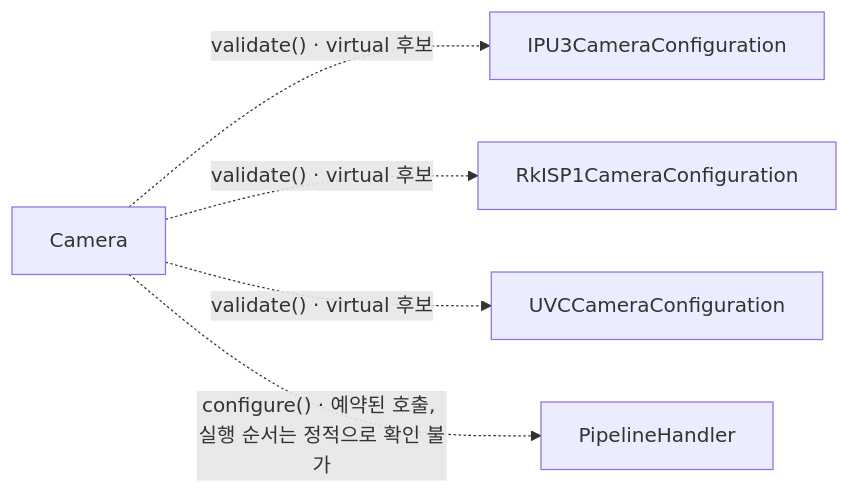
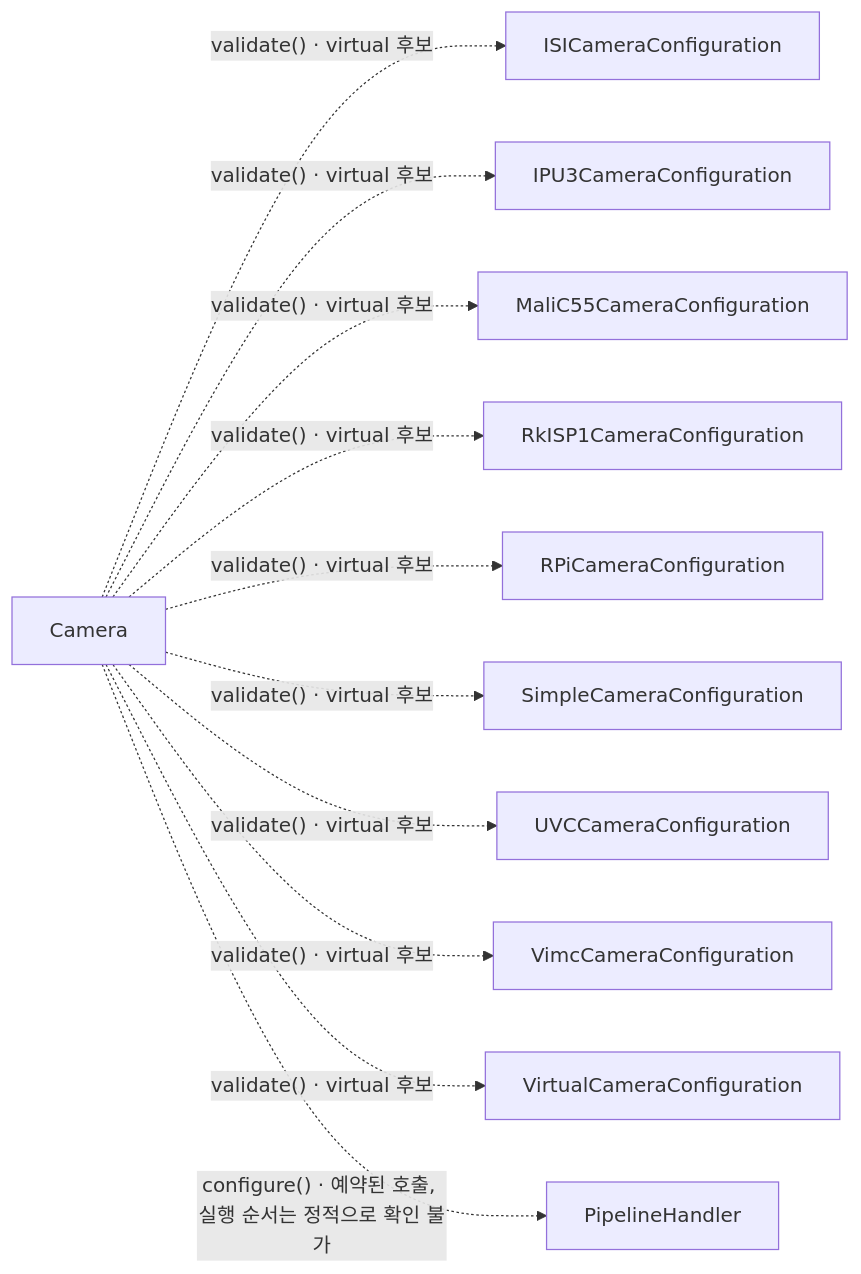
One commit to TTolsun/libcamera-sdd changed the diagram in docs/scenarios/configure.mmd. Above: the diagram before and after it, drawn with Mermaid. The commit also changed 61 other files, not shown here.

```diff
--- a/docs/scenarios/configure.mmd
+++ b/docs/scenarios/configure.mmd
@@ -1,10 +1,22 @@
 flowchart LR
   p0["Camera"]
   p1["IPU3CameraConfiguration"]
-  p2["PipelineHandler"]
-  p3["RkISP1CameraConfiguration"]
-  p4["UVCCameraConfiguration"]
+  p2["ISICameraConfiguration"]
+  p3["MaliC55CameraConfiguration"]
+  p4["PipelineHandler"]
+  p5["RPiCameraConfiguration"]
+  p6["RkISP1CameraConfiguration"]
+  p7["SimpleCameraConfiguration"]
+  p8["UVCCameraConfiguration"]
+  p9["VimcCameraConfiguration"]
+  p10["VirtualCameraConfiguration"]
+  p0 -.->|"validate() · virtual 후보"| p2
   p0 -.->|"validate() · virtual 후보"| p1
   p0 -.->|"validate() · virtual 후보"| p3
-  p0 -.->|"validate() · virtual 후보"| p4
-  p0 -.->|"configure() · 예약된 호출, 실행 순서는 정적으로 확인 불가"| p2
+  p0 -.->|"validate() · virtual 후보"| p6
+  p0 -.->|"validate() · virtual 후보"| p5
+  p0 -.->|"validate() · virtual 후보"| p7
+  p0 -.->|"validate() · virtual 후보"| p8
+  p0 -.->|"validate() · virtual 후보"| p9
+  p0 -.->|"validate() · virtual 후보"| p10
+  p0 -.->|"configure() · 예약된 호출, 실행 순서는 정적으로 확인 불가"| p4
```
